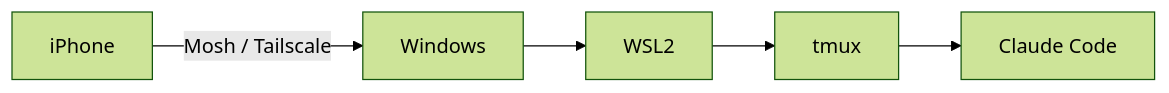
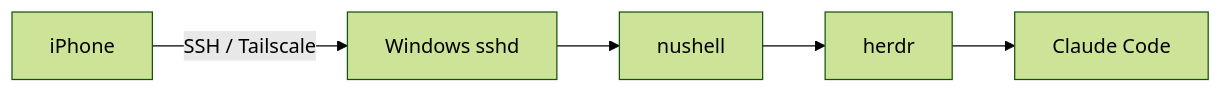
The second of 2 diagrams in README.md (msetsma/.dotfiles), drawn with Mermaid (forest theme) before and after one commit. The commit also changed other lines of this file and 8 other files, not shown here.

First line of the commit message:
feat(ssh): move Moshi to native Windows sshd

````diff
--- a/README.md
+++ b/README.md
@@ -192,4 +192,4 @@
 ```mermaid
 flowchart LR
-    A[iPhone] -->|Mosh / Tailscale| B[Windows] --> C[WSL2] --> D[tmux] --> E[Claude Code]
+    A[iPhone] -->|SSH / Tailscale| B[Windows sshd] --> C[nushell] --> D[herdr] --> E[Claude Code]
 ```
````
